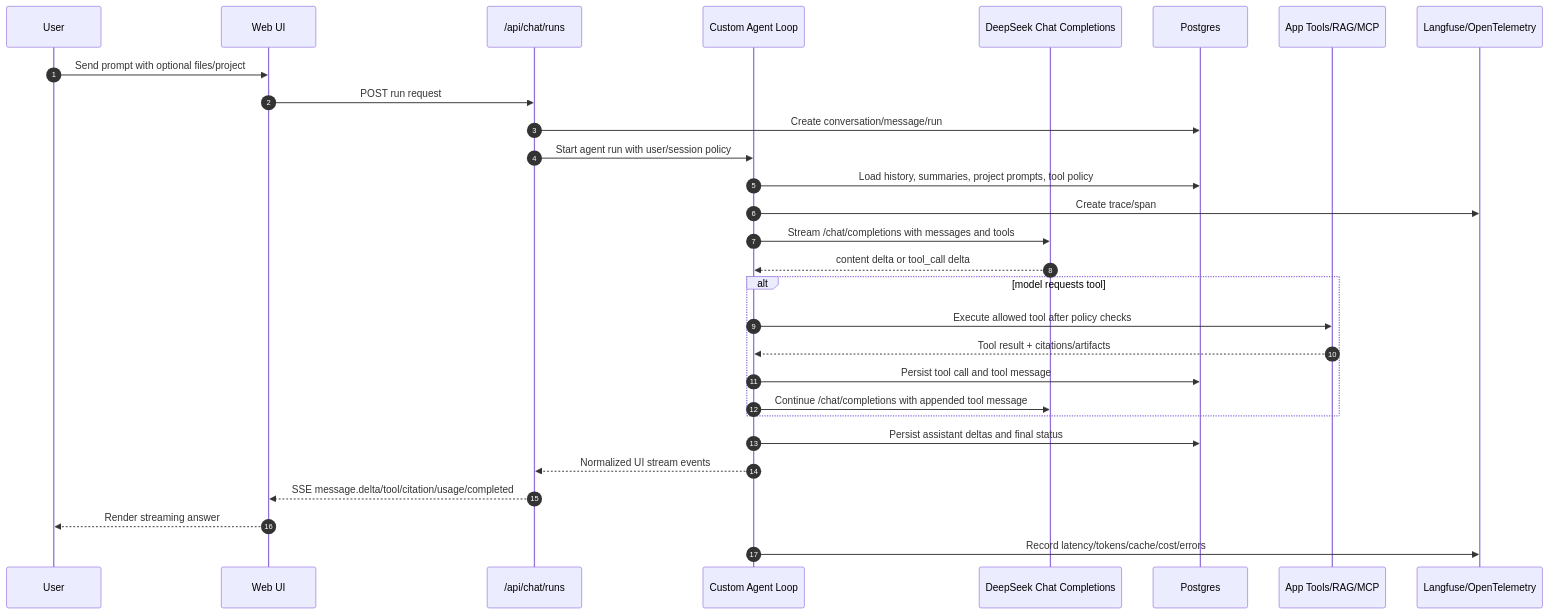
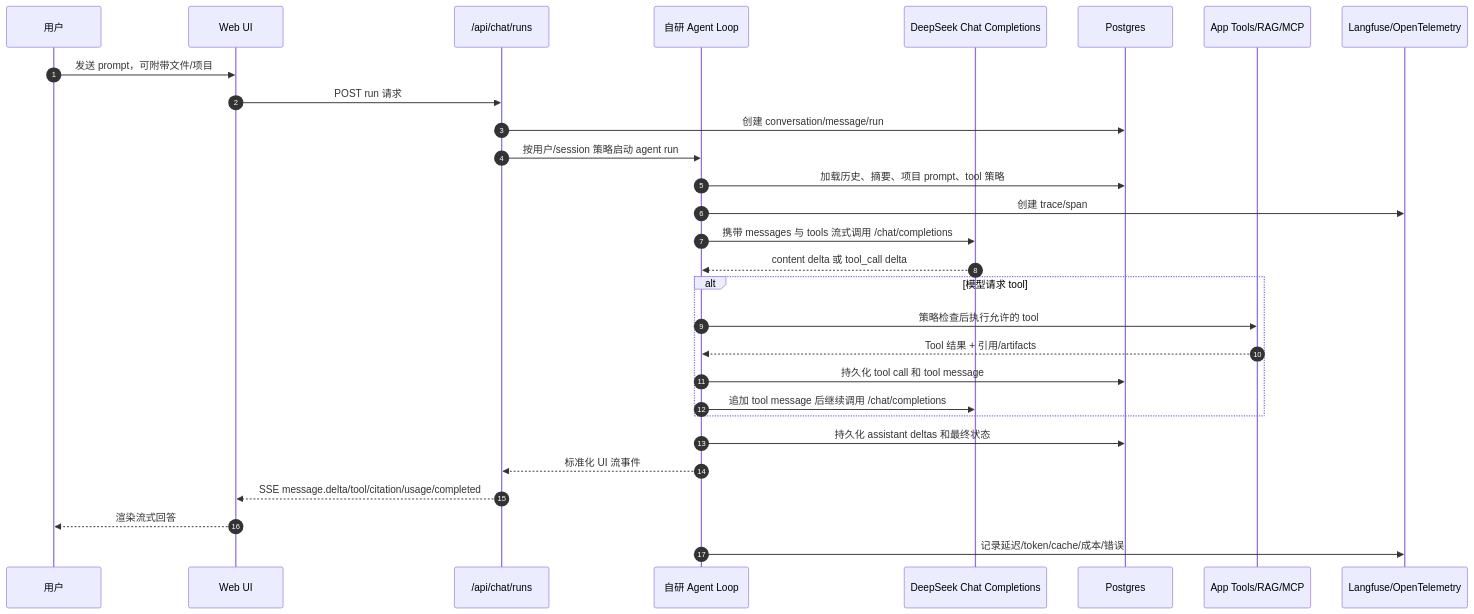
One commit to szy6007-a11y/my-agent changed the second of 3 diagrams in docs/TECH_ARCHITECTURE.md. Above: the diagram before and after it, drawn with Mermaid. The commit also changed other lines of this file and 13 other files, not shown here.

````diff
--- a/docs/TECH_ARCHITECTURE.md
+++ b/docs/TECH_ARCHITECTURE.md
@@ -111,32 +111,32 @@
 ```mermaid
 sequenceDiagram
   autonumber
-  participant U as User
+  participant U as 用户
   participant UI as Web UI
   participant API as /api/chat/runs
-  participant AG as Custom Agent Loop
+  participant AG as 自研 Agent Loop
   participant DS as DeepSeek Chat Completions
   participant DB as Postgres
   participant TO as App Tools/RAG/MCP
   participant OBS as Langfuse/OpenTelemetry
 
-  U->>UI: Send prompt with optional files/project
-  UI->>API: POST run request
-  API->>DB: Create conversation/message/run
-  API->>AG: Start agent run with user/session policy
-  AG->>DB: Load history, summaries, project prompts, tool policy
-  AG->>OBS: Create trace/span
-  AG->>DS: Stream /chat/completions with messages and tools
-  DS-->>AG: content delta or tool_call delta
-  alt model requests tool
-    AG->>TO: Execute allowed tool after policy checks
-    TO-->>AG: Tool result + citations/artifacts
-    AG->>DB: Persist tool call and tool message
-    AG->>DS: Continue /chat/completions with appended tool message
+  U->>UI: 发送 prompt，可附带文件/项目
+  UI->>API: POST run 请求
+  API->>DB: 创建 conversation/message/run
+  API->>AG: 按用户/session 策略启动 agent run
+  AG->>DB: 加载历史、摘要、项目 prompt、tool 策略
+  AG->>OBS: 创建 trace/span
+  AG->>DS: 携带 messages 与 tools 流式调用 /chat/completions
+  DS-->>AG: content delta 或 tool_call delta
+  alt 模型请求 tool
+    AG->>TO: 策略检查后执行允许的 tool
+    TO-->>AG: Tool 结果 + 引用/artifacts
+    AG->>DB: 持久化 tool call 和 tool message
+    AG->>DS: 追加 tool message 后继续调用 /chat/completions
   end
-  AG->>DB: Persist assistant deltas and final status
-  AG-->>API: Normalized UI stream events
+  AG->>DB: 持久化 assistant deltas 和最终状态
+  AG-->>API: 标准化 UI 流事件
   API-->>UI: SSE message.delta/tool/citation/usage/completed
-  UI-->>U: Render streaming answer
-  AG->>OBS: Record latency/tokens/cache/cost/errors
+  UI-->>U: 渲染流式回答
+  AG->>OBS: 记录延迟/token/cache/成本/错误
 ```
````
